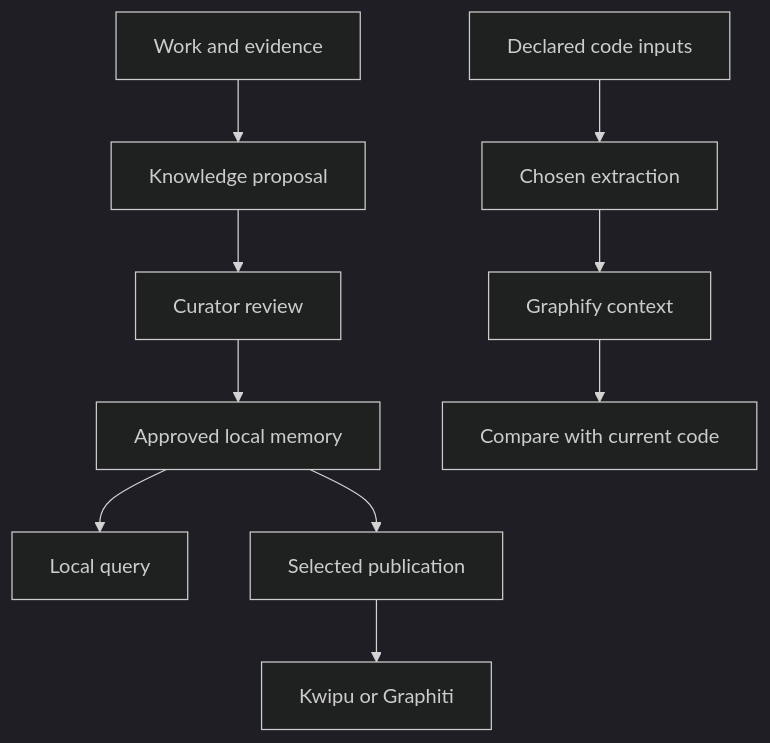
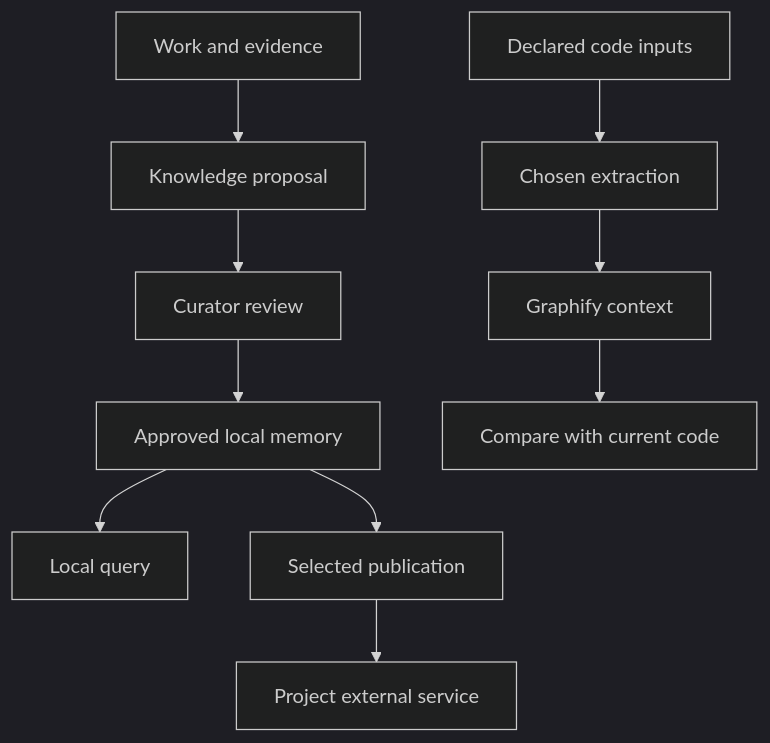
One commit to daycry/custom-agents changed the first of 4 diagrams in docs/en/guides/memory.md. Above: the diagram before and after it, drawn with Mermaid (dark theme). The commit also changed other lines of this file and 60 other files, not shown here.

````diff
--- a/docs/en/guides/memory.md
+++ b/docs/en/guides/memory.md
@@ -32,12 +32,12 @@
 ```mermaid
 flowchart TD
     A[Work and evidence] --> B[Knowledge proposal]
     B --> C[Curator review]
     C --> D[Approved local memory]
     D --> E[Local query]
     D --> F[Selected publication]
-    F --> G[Kwipu or Graphiti]
+    F --> G[Project external service]
     H[Declared code inputs] --> I[Chosen extraction]
     I --> J[Graphify context]
     J --> K[Compare with current code]
 ```
````
